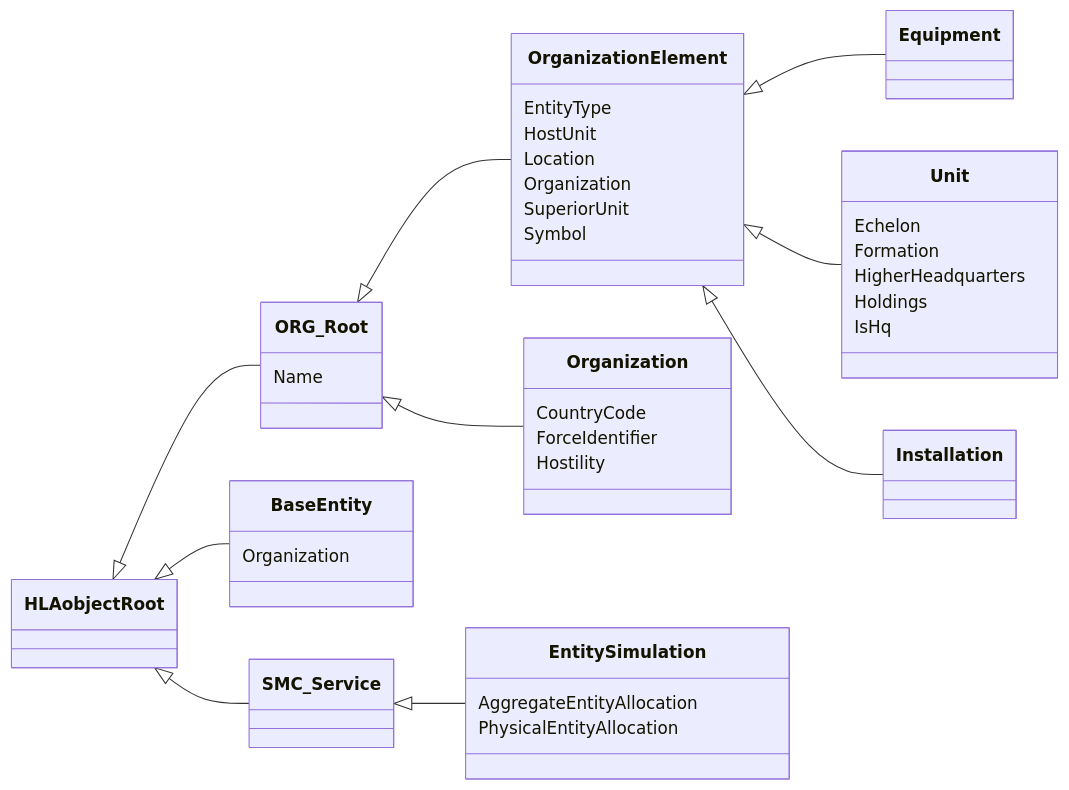
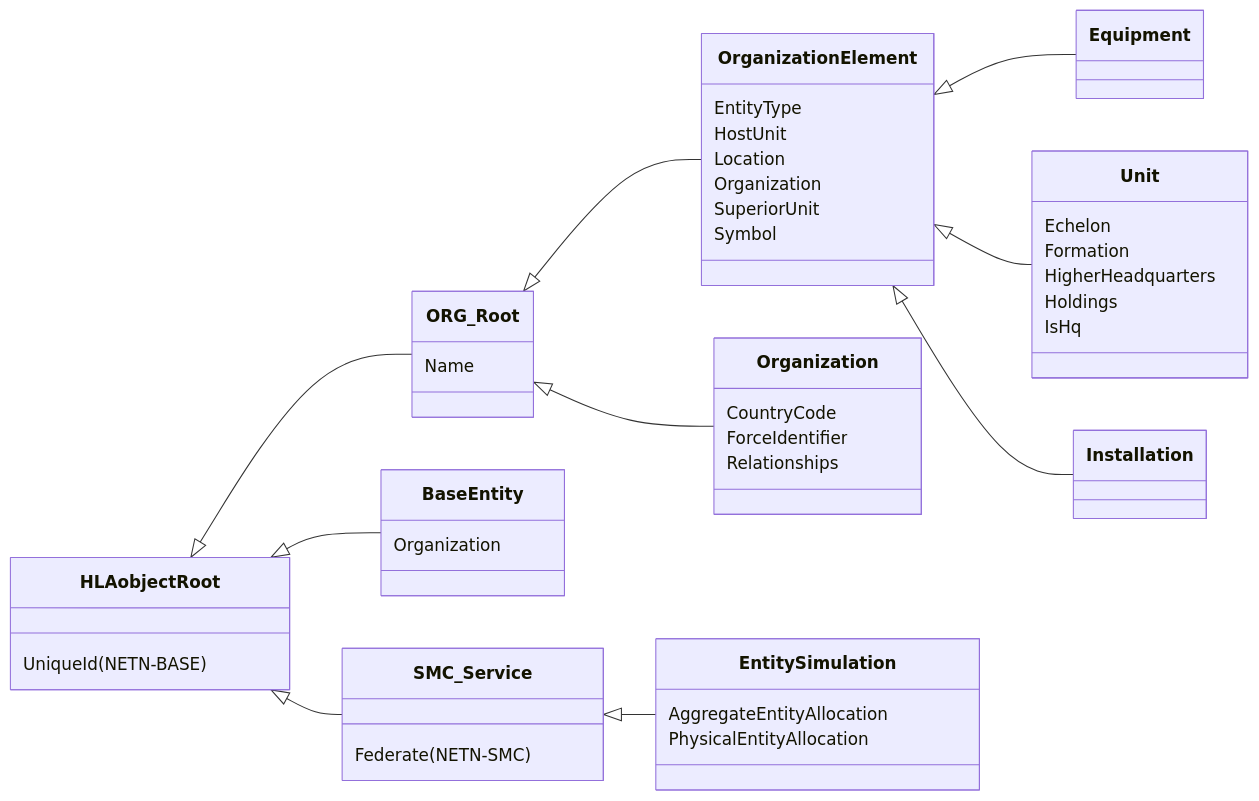
Before and after one commit to AMSP-04/NETN-ORG: the third of 4 diagrams in NETN-ORG.md, drawn with Mermaid. The commit also changed other lines of this file and 4 other files, not shown here.

````diff
--- a/NETN-ORG.md
+++ b/NETN-ORG.md
@@ -30,32 +95,34 @@
 ```mermaid
 classDiagram 
 direction LR
 
 HLAobjectRoot <|-- ORG_Root
 HLAobjectRoot <|-- BaseEntity
 HLAobjectRoot <|-- SMC_Service
+HLAobjectRoot : UniqueId(NETN-BASE)
 ORG_Root <|-- OrganizationElement
 ORG_Root <|-- Organization
 ORG_Root : Name
 OrganizationElement <|-- Equipment
 OrganizationElement <|-- Unit
 OrganizationElement <|-- Installation
 OrganizationElement : EntityType
 OrganizationElement : HostUnit
 OrganizationElement : Location
 OrganizationElement : Organization
 OrganizationElement : SuperiorUnit
 OrganizationElement : Symbol
 Unit : Echelon
 Unit : Formation
 Unit : HigherHeadquarters
 Unit : Holdings
 Unit : IsHq
 Organization : CountryCode
 Organization : ForceIdentifier
-Organization : Hostility
+Organization : Relationships
 BaseEntity : Organization
 SMC_Service <|-- EntitySimulation
+SMC_Service : Federate(NETN-SMC)
 EntitySimulation : AggregateEntityAllocation
 EntitySimulation : PhysicalEntityAllocation
 ```
````
